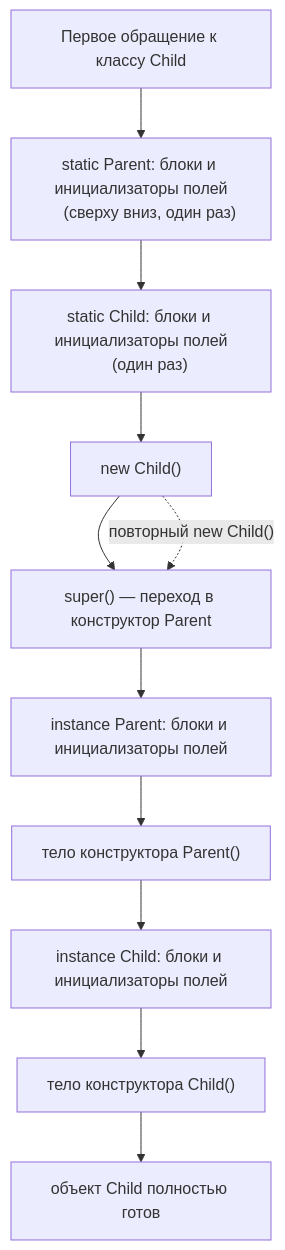
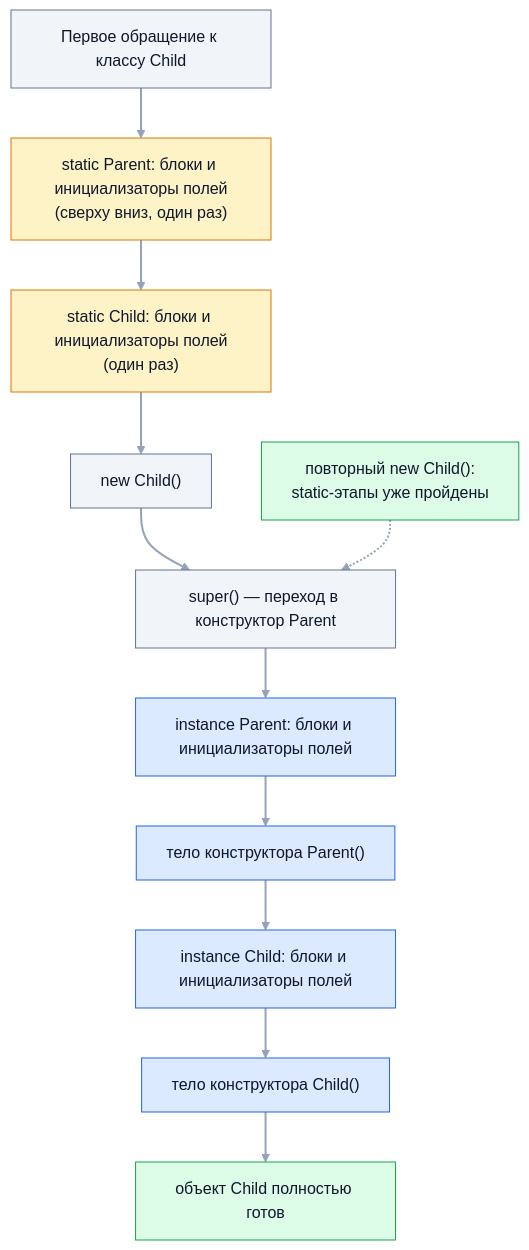
The diagram in kb/02-java-core/10-initialization-order.md (bogdan111305/java-senior-roadmap), drawn with Mermaid before and after one commit. The commit also changed 31 other files, not shown here.

````diff
--- a/kb/02-java-core/10-initialization-order.md
+++ b/kb/02-java-core/10-initialization-order.md
@@ -106,15 +106,23 @@
 ```mermaid
 flowchart TD
-    A["Первое обращение к классу Child"] --> B["static Parent: блоки и инициализаторы полей
-    (сверху вниз, один раз)"]
-    B --> C["static Child: блоки и инициализаторы полей
-    (один раз)"]
+    A["Первое обращение к классу Child"] --> B["static Parent: блоки и инициализаторы полей<br/>(сверху вниз, один раз)"]
+    B --> C["static Child: блоки и инициализаторы полей<br/>(один раз)"]
     C --> D["new Child()"]
     D --> E["super() — переход в конструктор Parent"]
     E --> F["instance Parent: блоки и инициализаторы полей"]
     F --> G["тело конструктора Parent()"]
     G --> H["instance Child: блоки и инициализаторы полей"]
     H --> I["тело конструктора Child()"]
     I --> J["объект Child полностью готов"]
-    D -.->|"повторный new Child()"| E
+    REP["повторный new Child():<br/>static-этапы уже пройдены"] -.-> E
+    classDef main fill:#dbeafe,stroke:#2563eb,color:#0f172a
+    classDef accent fill:#fef3c7,stroke:#d97706,color:#0f172a
+    classDef good fill:#dcfce7,stroke:#16a34a,color:#0f172a
+    classDef muted fill:#f1f5f9,stroke:#64748b,color:#0f172a
+    classDef bad fill:#fee2e2,stroke:#dc2626,color:#0f172a
+    class A,D,E muted
+    class B,C accent
+    class F,G,H,I main
+    class J,REP good
+    linkStyle default stroke:#94a3b8,stroke-width:2px
 ```
````
